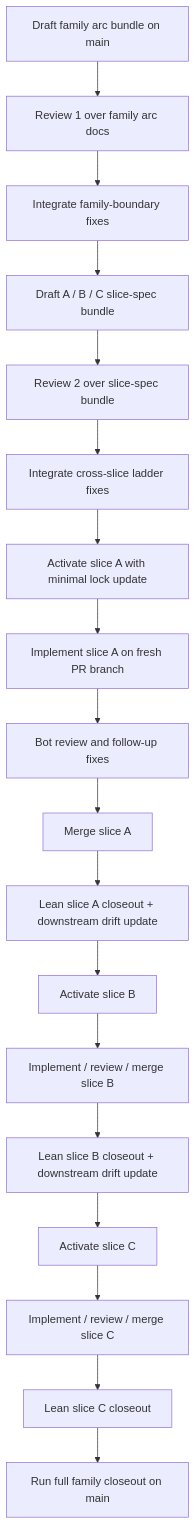
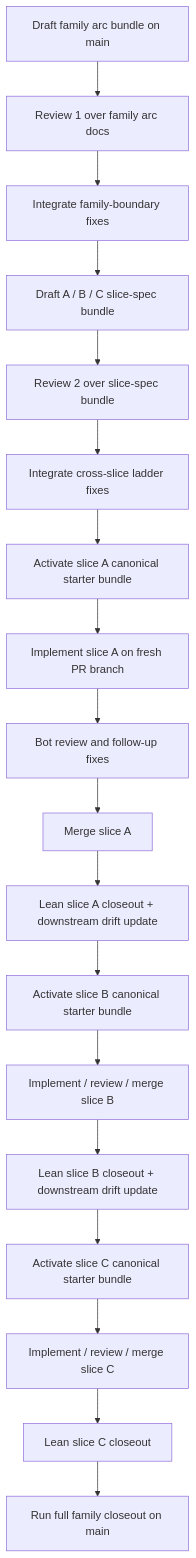
The diagram in docs/DRAFT_PRACTICAL_HARNESS_FLOW_v0.md (LexLattice/adeu-studio), drawn with Mermaid before and after one commit. The commit also changed other lines of this file and 13 other files, not shown here.

````diff
--- a/docs/DRAFT_PRACTICAL_HARNESS_FLOW_v0.md
+++ b/docs/DRAFT_PRACTICAL_HARNESS_FLOW_v0.md
@@ -259,20 +278,20 @@
 ```mermaid
 flowchart TD
     A["Draft family arc bundle on main"] --> B["Review 1 over family arc docs"]
     B --> C["Integrate family-boundary fixes"]
     C --> D["Draft A / B / C slice-spec bundle"]
     D --> E["Review 2 over slice-spec bundle"]
     E --> F["Integrate cross-slice ladder fixes"]
-    F --> G["Activate slice A with minimal lock update"]
+    F --> G["Activate slice A canonical starter bundle"]
     G --> H["Implement slice A on fresh PR branch"]
     H --> I["Bot review and follow-up fixes"]
     I --> J["Merge slice A"]
     J --> K["Lean slice A closeout + downstream drift update"]
-    K --> L["Activate slice B"]
+    K --> L["Activate slice B canonical starter bundle"]
     L --> M["Implement / review / merge slice B"]
     M --> N["Lean slice B closeout + downstream drift update"]
-    N --> O["Activate slice C"]
+    N --> O["Activate slice C canonical starter bundle"]
     O --> P["Implement / review / merge slice C"]
     P --> Q["Lean slice C closeout"]
     Q --> R["Run full family closeout on main"]
 ```
````
